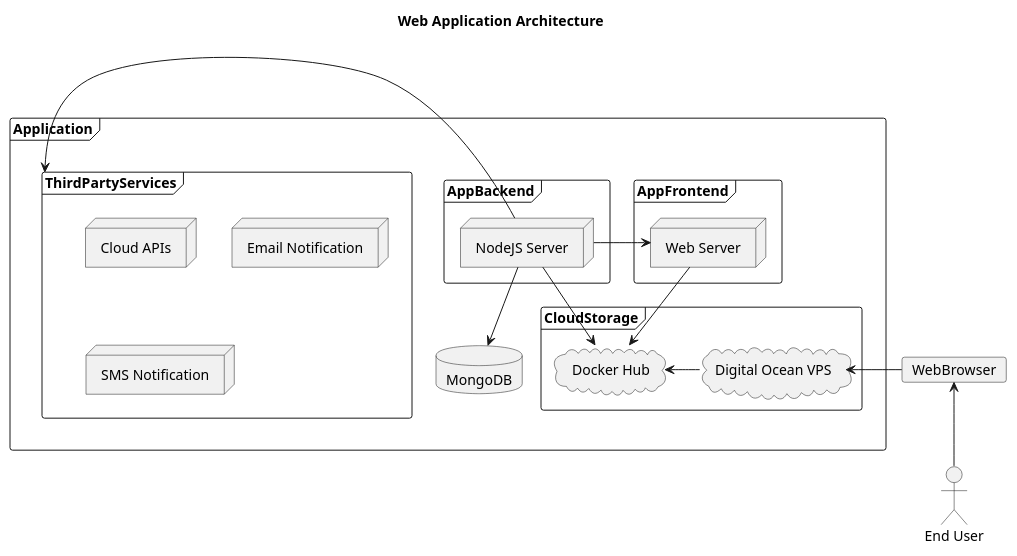
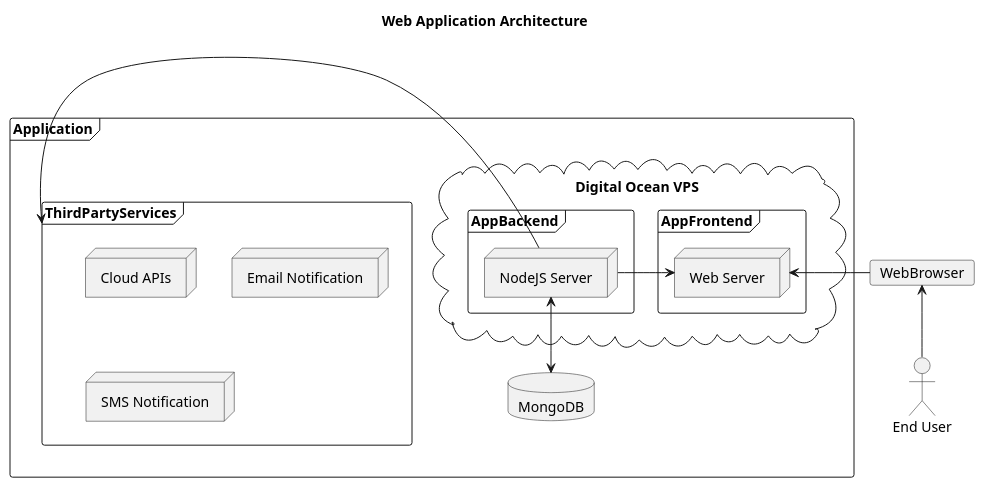
One commit to felixnguyen678/f0-capstone-project-backend changed the diagram in docs/architecture-diagram.puml. Above: the diagram before and after it, drawn with PlantUML. The commit also changed 1 other file, not shown here.

```diff
--- a/docs/architecture-diagram.puml
+++ b/docs/architecture-diagram.puml
@@ -1,42 +1,41 @@
 @startuml Api Management in front of AKS
 
 title Web Application Architecture
 actor "End User" as User
 
 
 card WebBrowser as Browser
 
 frame Application{
 
-    frame CloudStorage{
-        cloud "Docker Hub" as DockerHub
-        cloud "Digital Ocean VPS" as DOVPS
-    }
-
-    frame AppFrontend{
+    
+        cloud "Digital Ocean VPS" as DOVPS {
+            frame AppFrontend{
         node "Web Server" as WebServer
     }
-
-    frame AppBackend{
+            frame AppBackend{
         node "NodeJS Server" as NodeServer
     }
+        }
+    
+
+    
+
+    
 
     frame ThirdPartyServices as ThirdPartyServices{
         node "Cloud APIs"
         node "Email Notification"
         node "SMS Notification"
     }
 
     database MongoDB as DB
 }
 
 NodeServer -> ThirdPartyServices
-NodeServer --> DB
+NodeServer <--> DB
 WebServer <- NodeServer
-WebServer --> DockerHub
-NodeServer --> DockerHub
-DockerHub <- DOVPS
-DOVPS <- Browser
+WebServer <- Browser
 Browser <-- User
 
 @enduml
```
